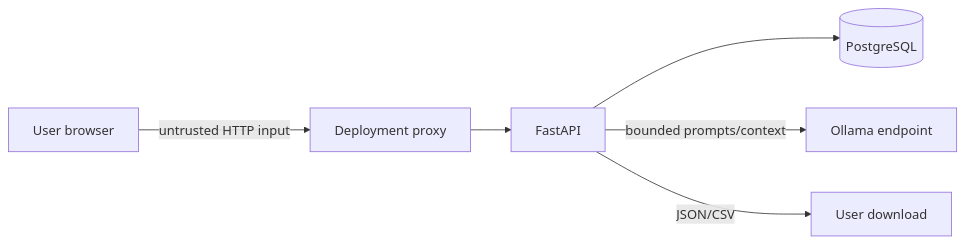
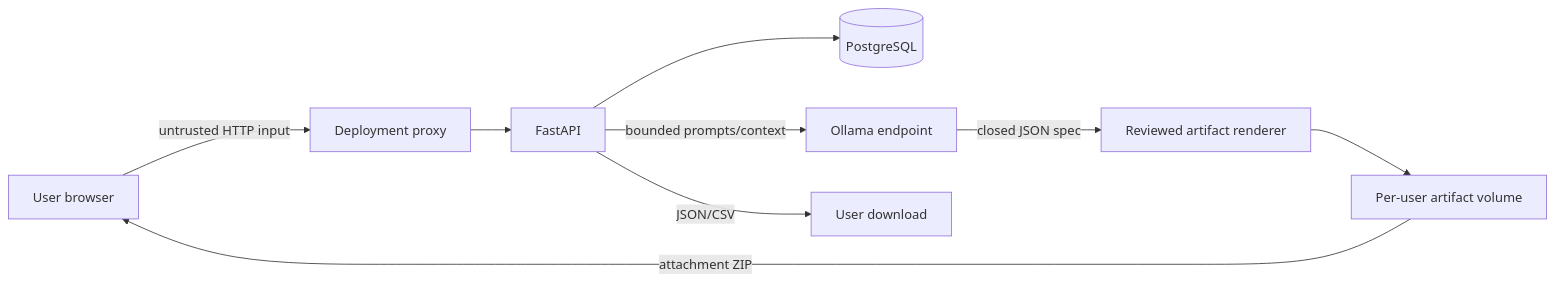
One commit to worhels/CyberLab-Tracker changed the diagram in docs/THREAT_MODEL.md. Above: the diagram before and after it, drawn with Mermaid. The commit also changed other lines of this file and 29 other files, not shown here.

Commit message:
feat(mentor): add reviewed artifact workflow

````diff
--- a/docs/THREAT_MODEL.md
+++ b/docs/THREAT_MODEL.md
@@ -5,8 +5,11 @@
 ```mermaid
 flowchart LR
     User["User browser"] -->|"untrusted HTTP input"| Proxy["Deployment proxy"]
     Proxy --> API["FastAPI"]
     API --> DB[("PostgreSQL")]
     API -->|"bounded prompts/context"| Ollama["Ollama endpoint"]
+    Ollama -->|"closed JSON spec"| Renderer["Reviewed artifact renderer"]
+    Renderer --> Artifact["Per-user artifact volume"]
+    Artifact -->|"attachment ZIP"| User
     API -->|"JSON/CSV"| Export["User download"]
 ```
````
